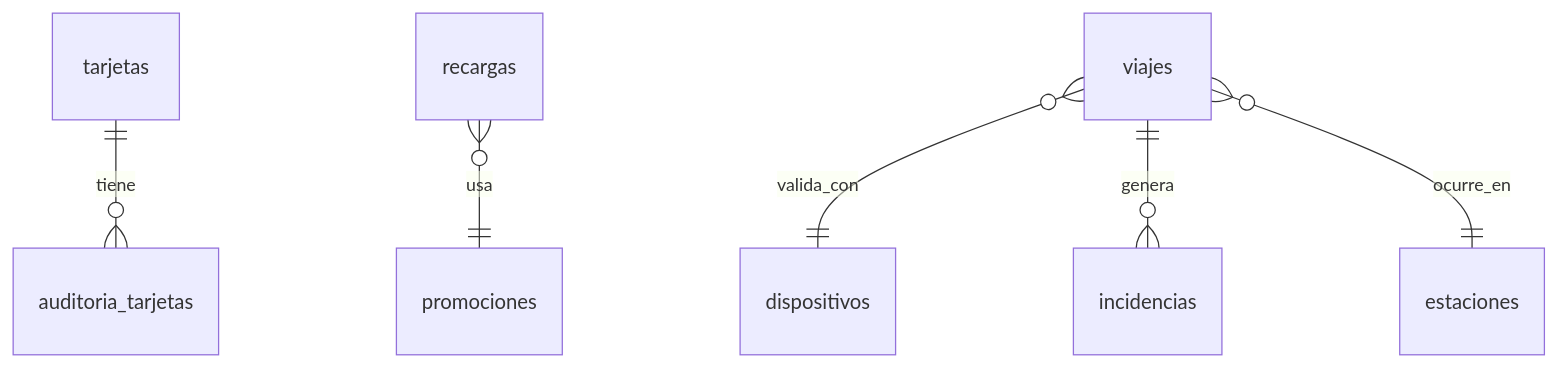
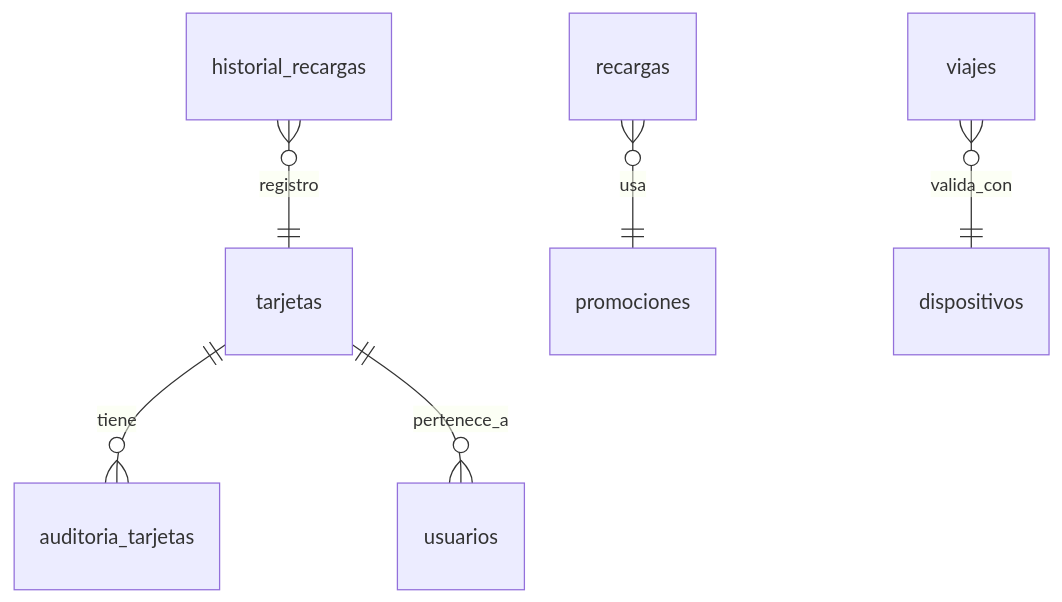
Before and after one commit to JohanaS77/proyecto-sistema-recargas-viajes: the diagram in README.md, drawn with Mermaid. The commit also changed other lines of this file, not shown here.

````diff
--- a/README.md
+++ b/README.md
@@ -57,8 +64,8 @@
 ```mermaid
 erDiagram
     tarjetas ||--o{ auditoria_tarjetas : tiene
     recargas }o--|| promociones : usa
     viajes }o--|| dispositivos : valida_con  
-    viajes ||--o{ incidencias : genera
-    viajes }o--|| estaciones : ocurre_en
+    tarjetas ||--o{ usuarios : pertenece_a
+    historial_recargas }o--|| tarjetas : registro
 ```
````
